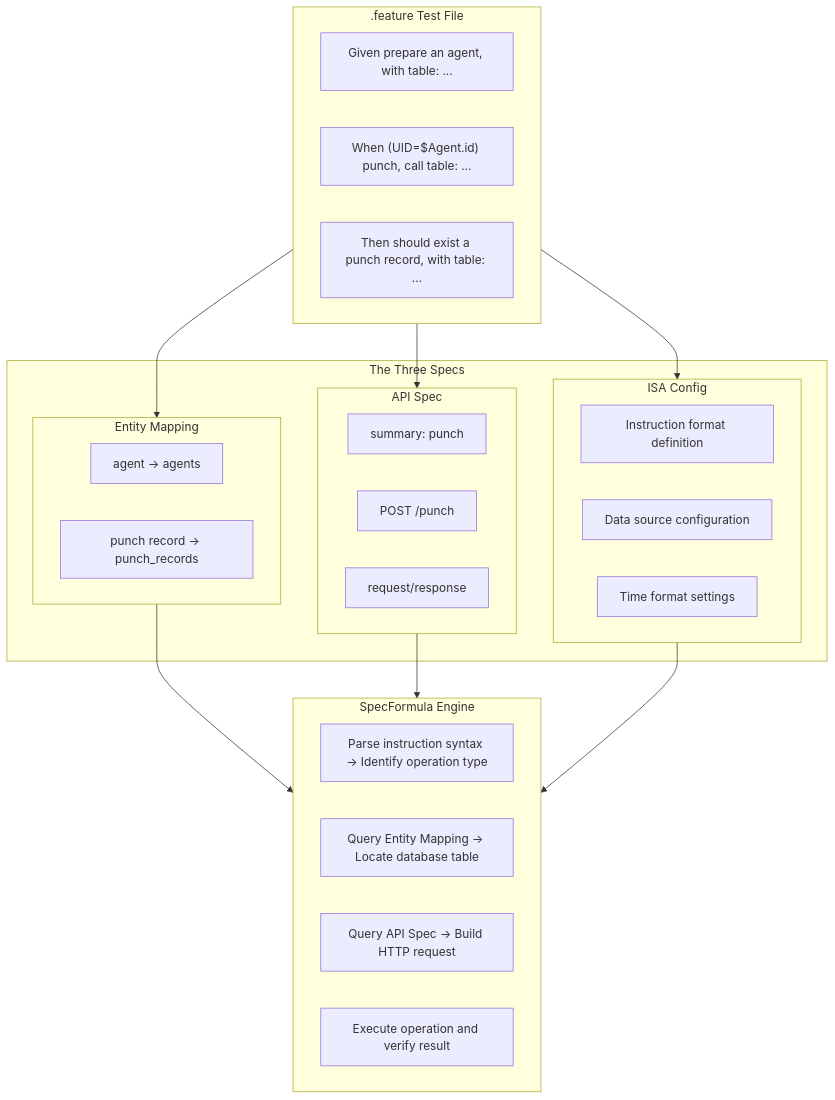
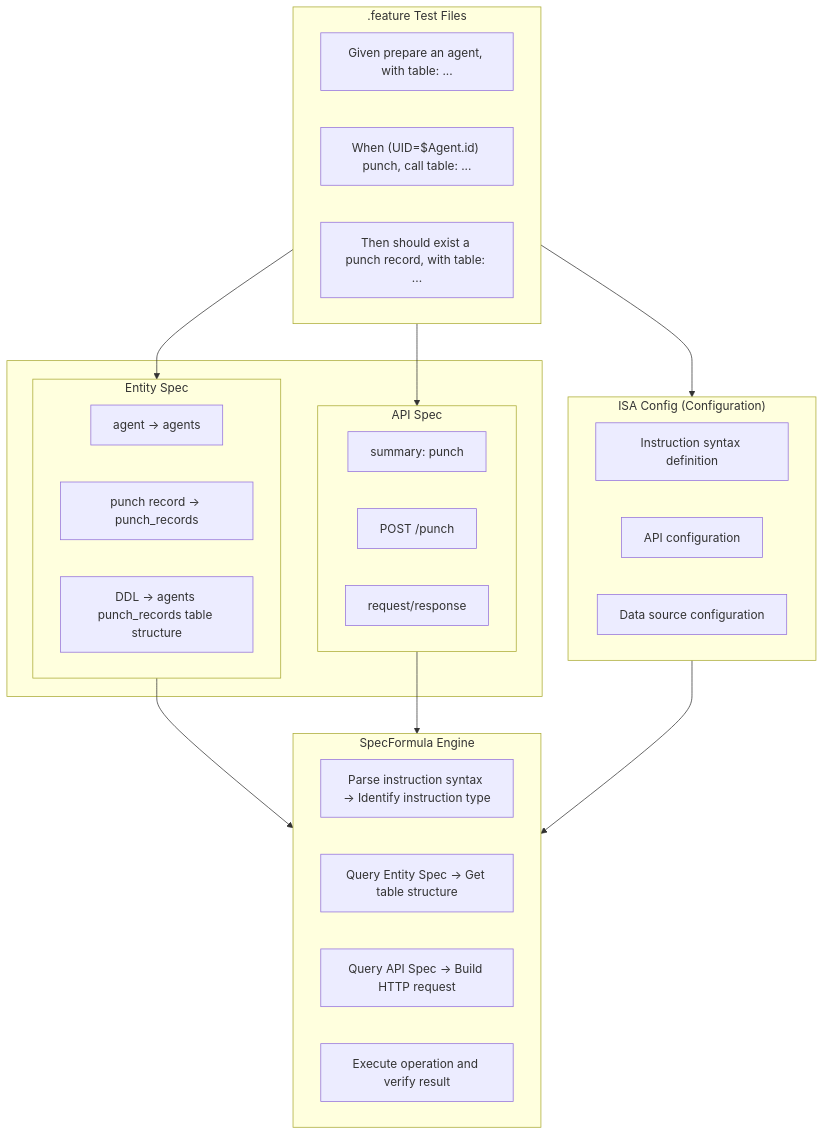
Before and after one commit to SpecFormula/specformula-docs: the diagram in content/docs/gherkin/isa/backend/three-specs.en.mdx, drawn with Mermaid. The commit also changed other lines of this file and 1 other file, not shown here.

First line of the commit message:
docs: restructure three-specs to Feature + API Spec + Entity Spec

````diff
--- a/content/docs/gherkin/isa/backend/three-specs.en.mdx
+++ b/content/docs/gherkin/isa/backend/three-specs.en.mdx
@@ -16,39 +16,41 @@
 ```mermaid
 flowchart TB
-    subgraph Feature[".feature Test File"]
+    subgraph Feature[".feature Test Files"]
         F1["Given prepare an agent, with table: ..."]
         F2["When (UID=$Agent.id) punch, call table: ..."]
         F3["Then should exist a punch record, with table: ..."]
     end
 
-    subgraph Specs["The Three Specs"]
-        subgraph EM["Entity Mapping"]
-            EM1["agent → agents"]
-            EM2["punch record → punch_records"]
-        end
+    subgraph Specs[" "]
         subgraph API["API Spec"]
             API1["summary: punch"]
             API2["POST /punch"]
             API3["request/response"]
         end
-        subgraph ISA["ISA Config"]
-            ISA1["Instruction format definition"]
-            ISA2["Data source configuration"]
-            ISA3["Time format settings"]
+        subgraph EM["Entity Spec"]
+            EM1["agent → agents"]
+            EM2["punch record → punch_records"]
+            DDL["DDL → agents punch_records table structure"]
         end
     end
 
+    subgraph ISA["ISA Config (Configuration)"]
+        ISA1["Instruction syntax definition"]
+        ISA2["API configuration"]
+        ISA3["Data source configuration"]
+    end
+
     subgraph Engine["SpecFormula Engine"]
-        E1["Parse instruction syntax → Identify operation type"]
-        E2["Query Entity Mapping → Locate database table"]
+        E1["Parse instruction syntax → Identify instruction type"]
+        E2["Query Entity Spec → Get table structure"]
         E3["Query API Spec → Build HTTP request"]
         E4["Execute operation and verify result"]
     end
 
     Feature --> EM
     Feature --> API
     Feature --> ISA
     EM --> Engine
     API --> Engine
     ISA --> Engine
 ```
````
